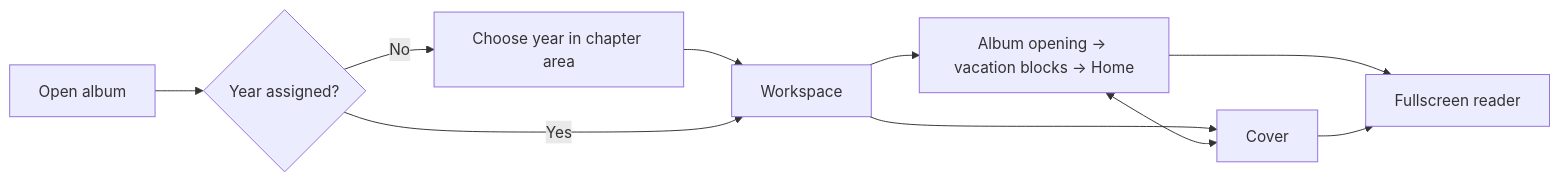
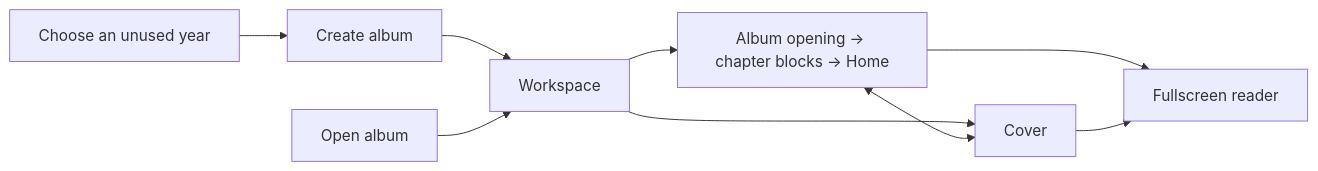
One commit to Shepherd-s-Den/photography changed the diagram in specs/changes/album-workspace-structure/proposal.md. Above: the diagram before and after it, drawn with Mermaid. The commit also changed other lines of this file and 64 other files, not shown here.

First line of the commit message:
Simplify album and chapter core with typed APIs (#60)

````diff
--- a/specs/changes/album-workspace-structure/proposal.md
+++ b/specs/changes/album-workspace-structure/proposal.md
@@ -18,12 +18,11 @@
 ```mermaid
 flowchart LR
-  Open["Open album"] --> Year{"Year assigned?"}
-  Year -->|No| Setup["Choose year in chapter area"]
-  Setup --> Workspace["Workspace"]
-  Year -->|Yes| Workspace
-  Workspace --> Spreads["Album opening → vacation blocks → Home"]
+  Create["Choose an unused year"] --> Album["Create album"]
+  Album --> Workspace["Workspace"]
+  Open["Open album"] --> Workspace
+  Workspace --> Spreads["Album opening → chapter blocks → Home"]
   Workspace --> Cover["Cover"]
   Spreads <--> Cover
   Spreads --> Reader["Fullscreen reader"]
   Cover --> Reader
 ```
````
